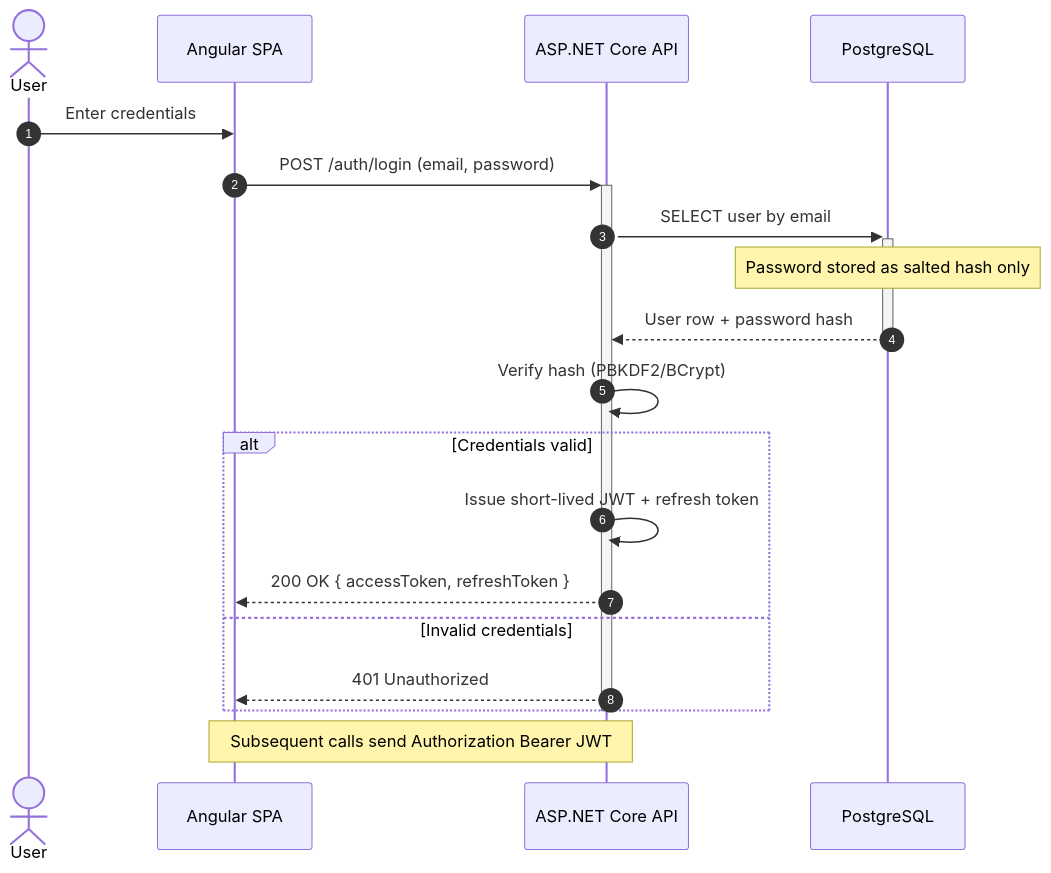
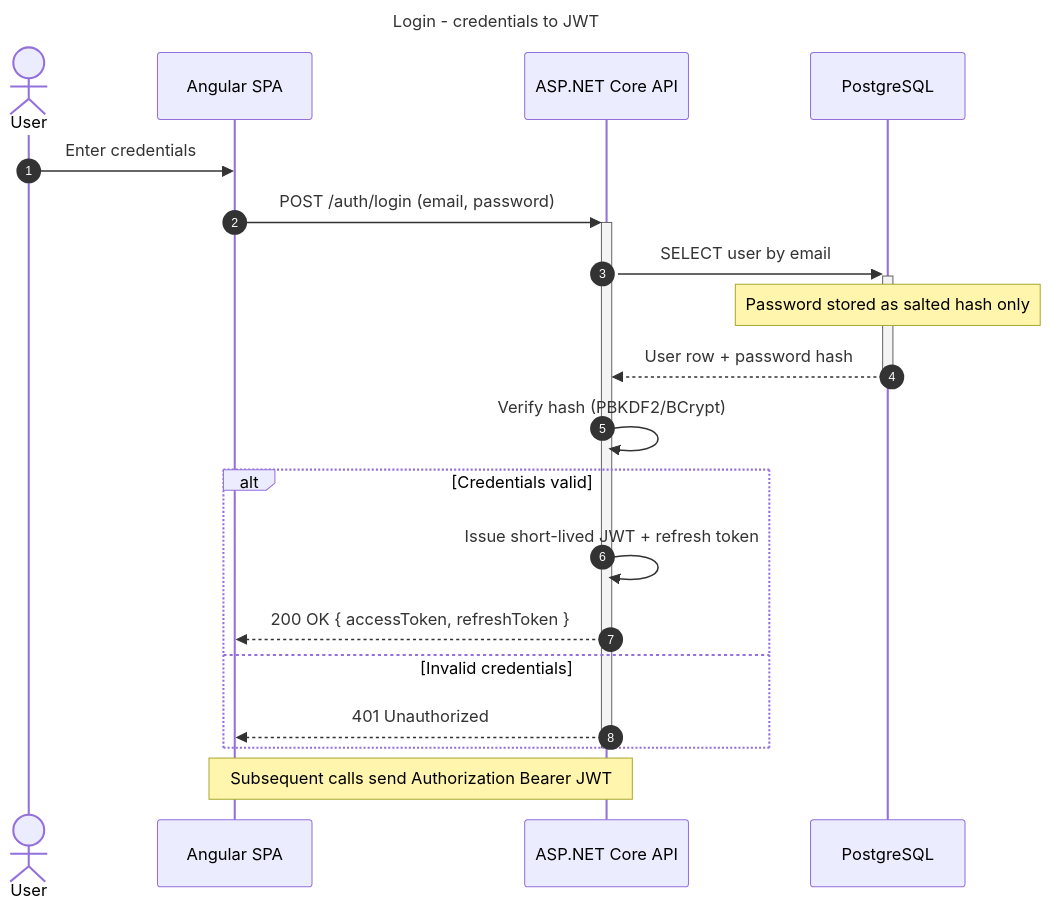
Before and after one commit to envoydev/alfred-code: the diagram in stack/skills/docs-as-code/references/mermaid-sequence.md, drawn with Mermaid. The commit also changed other lines of this file and 42 other files, not shown here.

````diff
--- a/stack/skills/docs-as-code/references/mermaid-sequence.md
+++ b/stack/skills/docs-as-code/references/mermaid-sequence.md
@@ -51,22 +53,27 @@
 ```mermaid
+---
+title: Login - credentials to JWT
+---
 sequenceDiagram
     autonumber
+    accTitle: Login - credentials to JWT
+    accDescr: The user enters credentials in the Angular SPA, the API verifies the stored password hash in PostgreSQL, and returns a JWT and a refresh token, or 401 when the credentials are invalid.
     actor U as User
     participant SPA as Angular SPA
     participant API as ASP.NET Core API
     participant DB as PostgreSQL
     U->>SPA: Enter credentials
     SPA->>+API: POST /auth/login (email, password)
     API->>+DB: SELECT user by email
     Note over DB: Password stored as salted hash only
     DB-->>-API: User row + password hash
     API->>API: Verify hash (PBKDF2/BCrypt)
     alt Credentials valid
         API->>API: Issue short-lived JWT + refresh token
         API-->>SPA: 200 OK { accessToken, refreshToken }
     else Invalid credentials
         API-->>SPA: 401 Unauthorized
     end
     deactivate API
     Note over SPA,API: Subsequent calls send Authorization Bearer JWT
 ```
````
